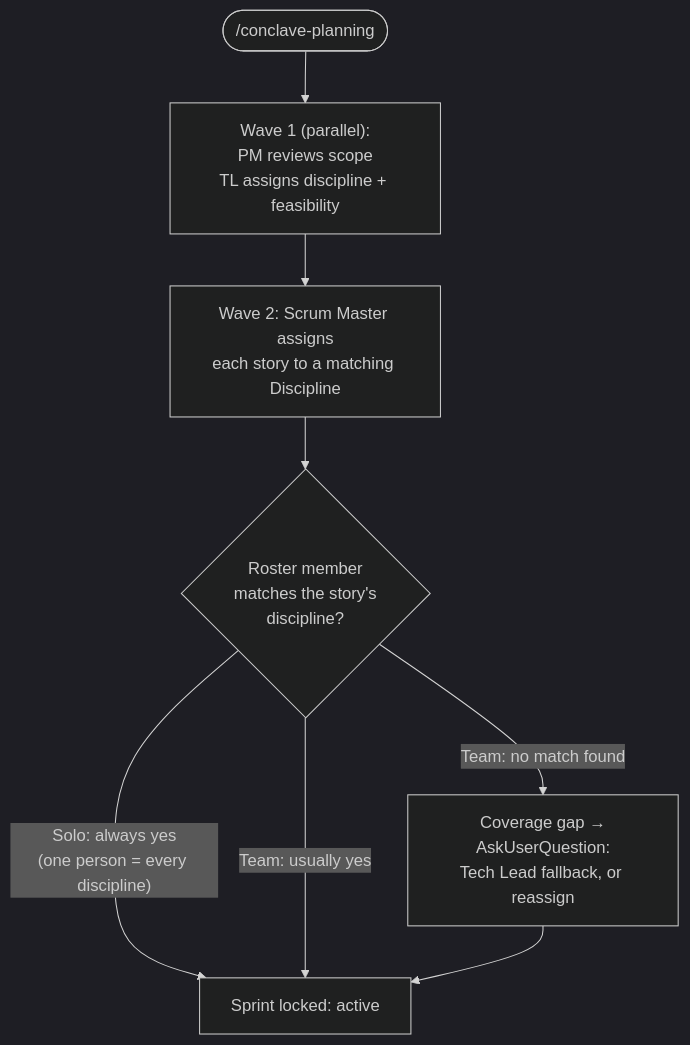
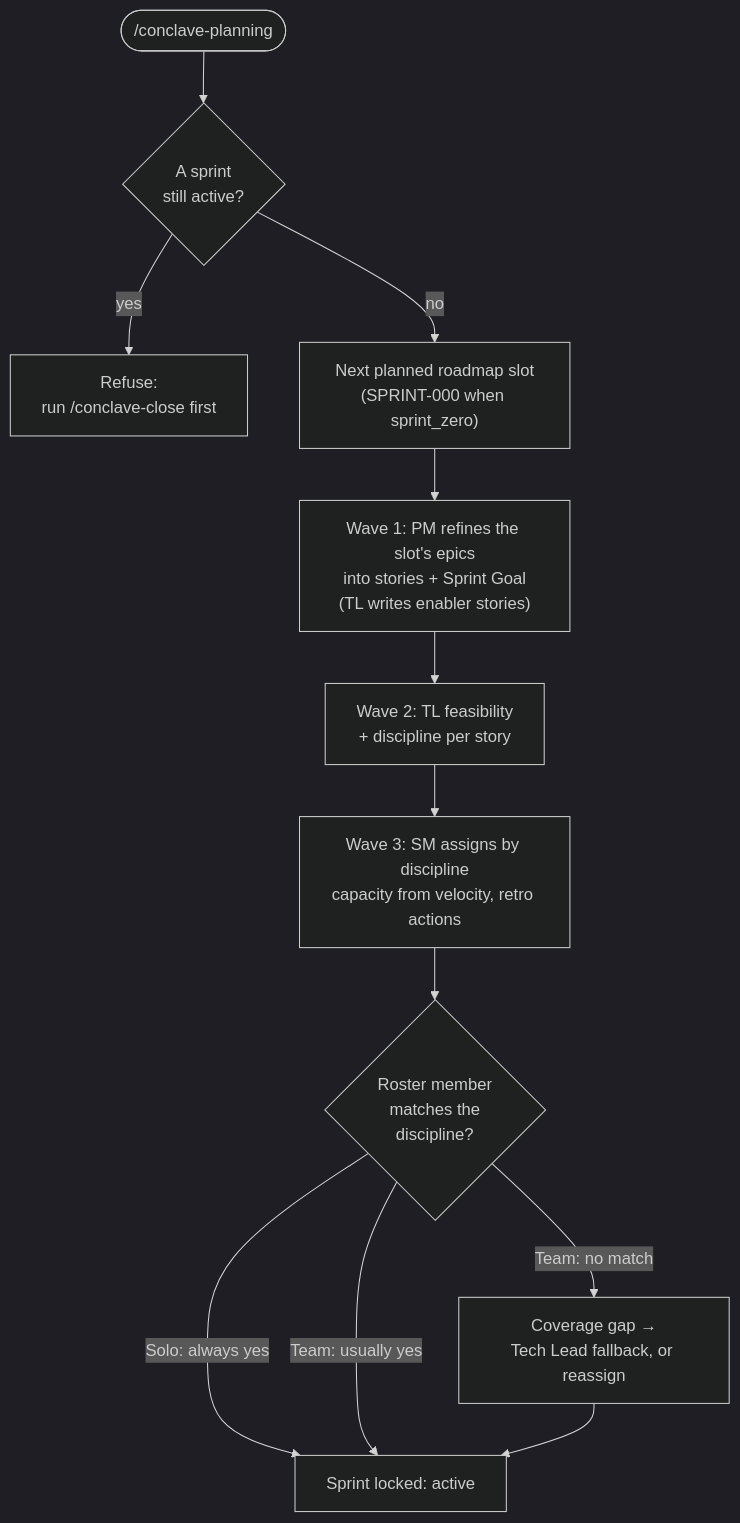
Before and after one commit to giolabs/conclave: the third of 5 diagrams in site/content/en/workflow.mdx, drawn with Mermaid (dark theme). The commit also changed other lines of this file and 56 other files, not shown here.

````diff
--- a/site/content/en/workflow.mdx
+++ b/site/content/en/workflow.mdx
@@ -35,12 +51,14 @@
 ```mermaid
 flowchart TD
-    Plan(["/conclave-planning"]) --> Wave1["Wave 1 (parallel):<br/>PM reviews scope<br/>TL assigns discipline + feasibility"]
-    Wave1 --> Wave2["Wave 2: Scrum Master assigns<br/>each story to a matching Discipline"]
-
-    Wave2 --> Match{"Roster member<br/>matches the story's<br/>discipline?"}
-
-    Match -->|"Solo: always yes<br/>(one person = every discipline)"| Lock["Sprint locked: active"]
+    Plan(["/conclave-planning"]) --> Gate{"A sprint<br/>still active?"}
+    Gate -->|yes| Refuse["Refuse:<br/>run /conclave-close first"]
+    Gate -->|no| Slot["Next planned roadmap slot<br/>(SPRINT-000 when sprint_zero)"]
+    Slot --> W1["Wave 1: PM refines the slot's epics<br/>into stories + Sprint Goal<br/>(TL writes enabler stories)"]
+    W1 --> W2["Wave 2: TL feasibility<br/>+ discipline per story"]
+    W2 --> W3["Wave 3: SM assigns by discipline<br/>capacity from velocity, retro actions"]
+    W3 --> Match{"Roster member<br/>matches the<br/>discipline?"}
+    Match -->|"Solo: always yes"| Lock["Sprint locked: active"]
     Match -->|"Team: usually yes"| Lock
-    Match -->|"Team: no match found"| Gap["Coverage gap →<br/>AskUserQuestion:<br/>Tech Lead fallback, or reassign"]
+    Match -->|"Team: no match"| Gap["Coverage gap →<br/>Tech Lead fallback, or reassign"]
     Gap --> Lock
 ```
````
